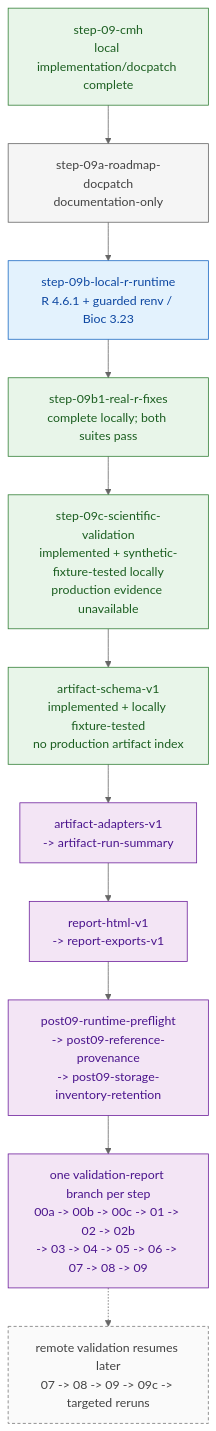
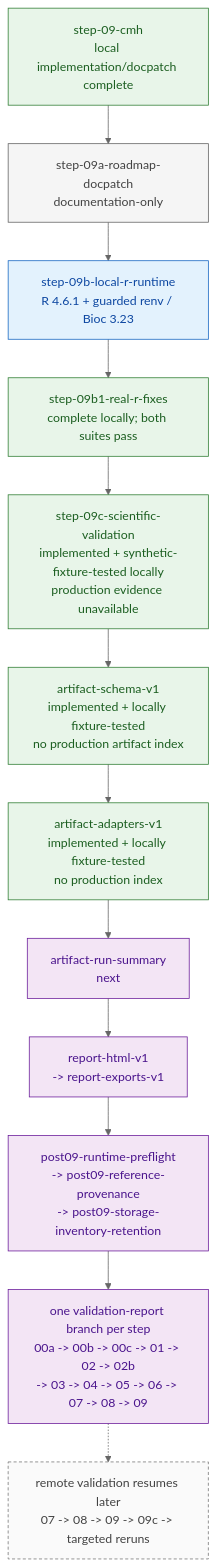
The first of 4 diagrams in docs/architecture/FUTURE_ARCHITECTURE.md (lab-cats/EMRYS), drawn with Mermaid (neutral theme) before and after one commit. The commit also changed other lines of this file and 17 other files, not shown here.

Commit message:
artifact adapters v1 docpatch

````diff
--- a/docs/architecture/FUTURE_ARCHITECTURE.md
+++ b/docs/architecture/FUTURE_ARCHITECTURE.md
@@ -37,30 +39,31 @@
 ```mermaid
 flowchart TB
     classDef current fill:#e8f5e9,stroke:#2e7d32,color:#1b5e20
     classDef docs fill:#f5f5f5,stroke:#616161,color:#424242
     classDef runtime fill:#e3f2fd,stroke:#1565c0,color:#0d47a1
     classDef future fill:#f3e5f5,stroke:#6a1b9a,color:#4a148c
     classDef deferred fill:#fafafa,stroke:#757575,color:#424242,stroke-dasharray:4 3
 
     s09["step-09-cmh<br/>local implementation/docpatch complete"]
     s09a["step-09a-roadmap-docpatch<br/>documentation-only"]
     rlocal["step-09b-local-r-runtime<br/>R 4.6.1 + guarded renv / Bioc 3.23"]
     rfix["step-09b1-real-r-fixes<br/>complete locally; both suites pass"]
     science09c["step-09c-scientific-validation<br/>implemented + synthetic-fixture-tested locally<br/>production evidence unavailable"]
     artifact_schema["artifact-schema-v1<br/>implemented + locally fixture-tested<br/>no production artifact index"]
-    artifacts["artifact-adapters-v1<br/>-> artifact-run-summary"]
+    artifact_adapters["artifact-adapters-v1<br/>implemented + locally fixture-tested<br/>no production index"]
+    runsummary["artifact-run-summary<br/>next"]
     reports["report-html-v1<br/>-> report-exports-v1"]
     foundations["post09-runtime-preflight<br/>-> post09-reference-provenance<br/>-> post09-storage-inventory-retention"]
     validators["one validation-report branch per step<br/>00a -> 00b -> 00c -> 01 -> 02 -> 02b<br/>-> 03 -> 04 -> 05 -> 06 -> 07 -> 08 -> 09"]
     remote["remote validation resumes later<br/>07 -> 08 -> 09 -> 09c -> targeted reruns"]
 
     s09 --> s09a --> rlocal --> rfix --> science09c
-    science09c --> artifact_schema --> artifacts --> reports --> foundations --> validators
+    science09c --> artifact_schema --> artifact_adapters --> runsummary --> reports --> foundations --> validators
     validators -.-> remote
 
-    class s09,rfix,science09c,artifact_schema current
+    class s09,rfix,science09c,artifact_schema,artifact_adapters current
     class s09a docs
     class rlocal runtime
-    class artifacts,reports,foundations,validators future
+    class runsummary,reports,foundations,validators future
     class remote deferred
 ```
````
